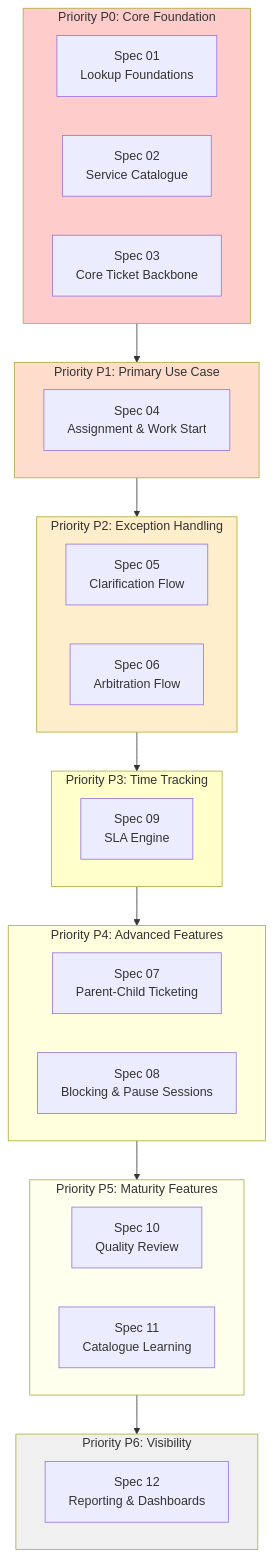
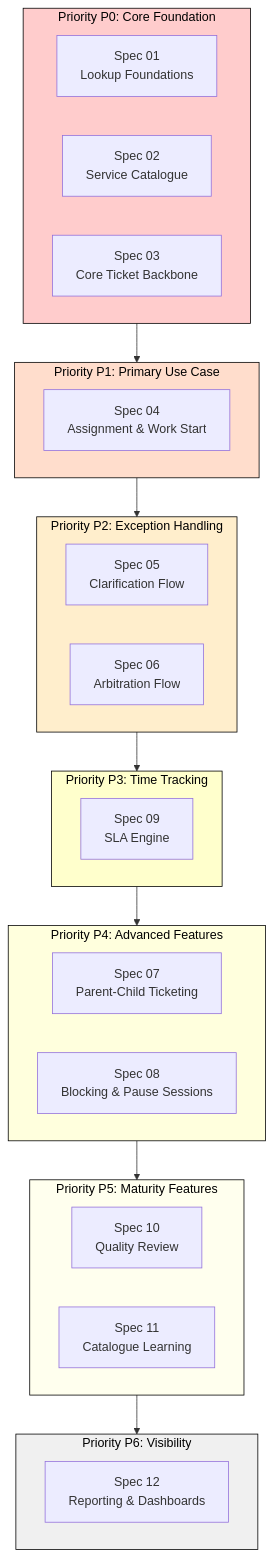
One commit to Fahad1993/SmartFoundationTickets changed the eighth of 12 diagrams in workflow_analysis.md. Above: the diagram before and after it, drawn with Mermaid. The commit also changed other lines of this file and 25 other files, not shown here.

First line of the commit message:
Add ticketing DB schema and sync workflows

````diff
--- a/workflow_analysis.md
+++ b/workflow_analysis.md
@@ -391,45 +432,58 @@
 ```mermaid
 graph TB
     subgraph P0["Priority P0: Core Foundation"]
         S01[Spec 01<br/>Lookup Foundations]
         S02[Spec 02<br/>Service Catalogue]
         S03[Spec 03<br/>Core Ticket Backbone]
     end
 
     subgraph P1["Priority P1: Primary Use Case"]
         S04[Spec 04<br/>Assignment & Work Start]
     end
 
     subgraph P2["Priority P2: Exception Handling"]
         S05[Spec 05<br/>Clarification Flow]
         S06[Spec 06<br/>Arbitration Flow]
     end
 
     subgraph P3["Priority P3: Time Tracking"]
         S09[Spec 09<br/>SLA Engine]
     end
 
     subgraph P4["Priority P4: Advanced Features"]
         S07[Spec 07<br/>Parent-Child Ticketing]
         S08[Spec 08<br/>Blocking & Pause Sessions]
     end
 
     subgraph P5["Priority P5: Maturity Features"]
         S10[Spec 10<br/>Quality Review]
         S11[Spec 11<br/>Catalogue Learning]
     end
 
     subgraph P6["Priority P6: Visibility"]
         S12[Spec 12<br/>Reporting & Dashboards]
     end
 
     P0 --> P1 --> P2 --> P3 --> P4 --> P5 --> P6
 
-    style P0 fill:#ffcccc
-    style P1 fill:#ffddcc
-    style P2 fill:#ffeecc
-    style P3 fill:#ffffcc
-    style P4 fill:#ffffdd
-    style P5 fill:#ffffee
-    style P6 fill:#f0f0f0
+    classDef p0Font fill:#ffcccc,stroke:#000000,stroke-width:1px,color:#000000;
+    class P0 p0Font;
+
+    classDef p1Font fill:#ffddcc,stroke:#000000,stroke-width:1px,color:#000000;
+    class P1 p1Font;
+
+    classDef p2Font fill:#ffeecc,stroke:#000000,stroke-width:1px,color:#000000;
+    class P2 p2Font;
+
+    classDef p3Font fill:#ffffcc,stroke:#000000,stroke-width:1px,color:#000000;
+    class P3 p3Font;
+
+    classDef p4Font fill:#ffffdd,stroke:#000000,stroke-width:1px,color:#000000;
+    class P4 p4Font;
+
+    classDef p5Font fill:#ffffee,stroke:#000000,stroke-width:1px,color:#000000;
+    class P5 p5Font;
+
+    classDef p6Font fill:#f0f0f0,stroke:#000000,stroke-width:1px,color:#000000;
+    class P6 p6Font;
 ```
````
